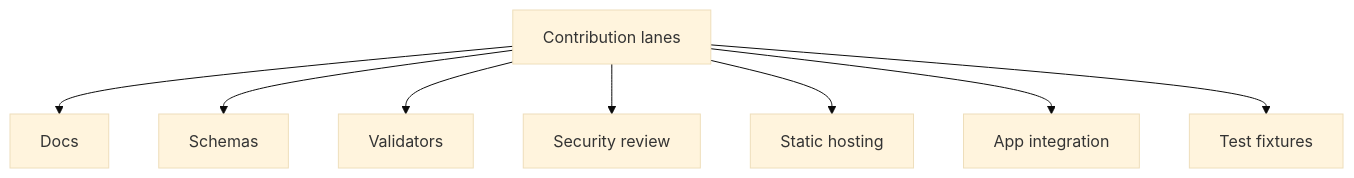
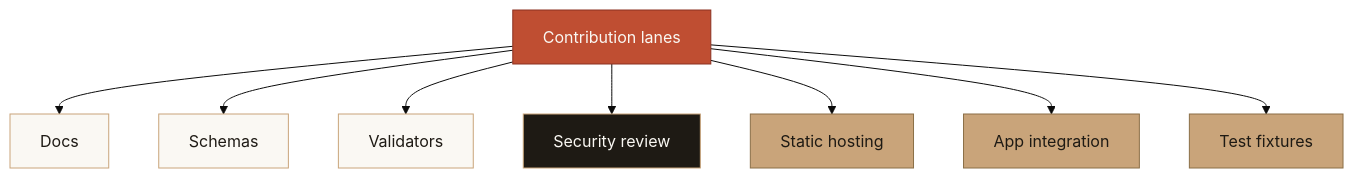
Before and after one commit to Wallet-Wall/walletwall-vault: the fourth of 5 diagrams in docs/Hosted_Evidence_Endpoint_Deployment_Plan.md, drawn with Mermaid (base theme). The commit also changed other lines of this file and 8 other files, not shown here.

Commit message:
docs: add WalletWall Mermaid colors (#136)

````diff
--- a/docs/Hosted_Evidence_Endpoint_Deployment_Plan.md
+++ b/docs/Hosted_Evidence_Endpoint_Deployment_Plan.md
@@ -284,11 +311,20 @@
 ```mermaid
 flowchart TD
   C["Contribution lanes"]
   C --> L1["Docs"]
   C --> L2["Schemas"]
   C --> L3["Validators"]
   C --> L4["Security review"]
   C --> L5["Static hosting"]
   C --> L6["App integration"]
   C --> L7["Test fixtures"]
+
+  classDef wwPrimary fill:#BF4E32,stroke:#8B3120,color:#FAF8F3,stroke-width:1px;
+  classDef wwSecondary fill:#C9A47A,stroke:#8B6F47,color:#1E1A14,stroke-width:1px;
+  classDef wwLight fill:#FAF8F3,stroke:#C9A47A,color:#1E1A14,stroke-width:1px;
+  classDef wwBoundary fill:#1E1A14,stroke:#C9A47A,color:#FAF8F3,stroke-width:1px;
+  class C wwPrimary;
+  class L1,L2,L3 wwLight;
+  class L4 wwBoundary;
+  class L5,L6,L7 wwSecondary;
 ```
````
